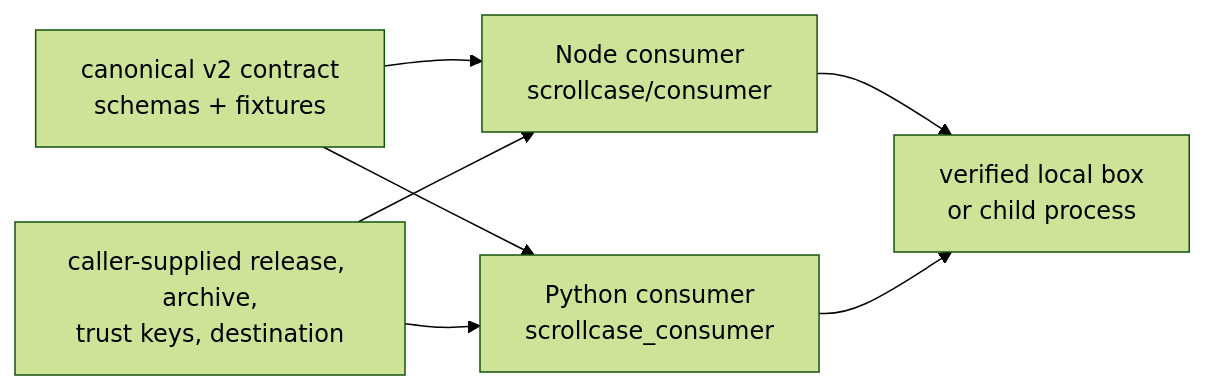
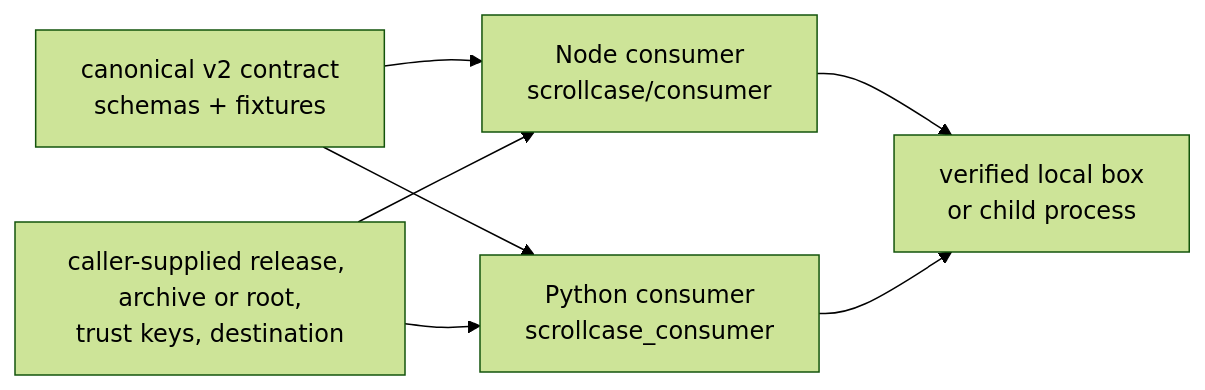
The first of 3 diagrams in docs/concepts/architecture.md (Suffro/scrollcase), drawn with Mermaid (forest theme) before and after one commit. The commit also changed other lines of this file and 51 other files, not shown here.

````diff
--- a/docs/concepts/architecture.md
+++ b/docs/concepts/architecture.md
@@ -21,9 +21,9 @@
 ```mermaid
 flowchart LR
   C["canonical v2 contract<br/>schemas + fixtures"] --> N["Node consumer<br/>scrollcase/consumer"]
   C --> P["Python consumer<br/>scrollcase_consumer"]
-  F["caller-supplied release, archive,<br/>trust keys, destination"] --> N
+  F["caller-supplied release, archive or root,<br/>trust keys, destination"] --> N
   F --> P
   N --> L["verified local box<br/>or child process"]
   P --> L
 ```
````
